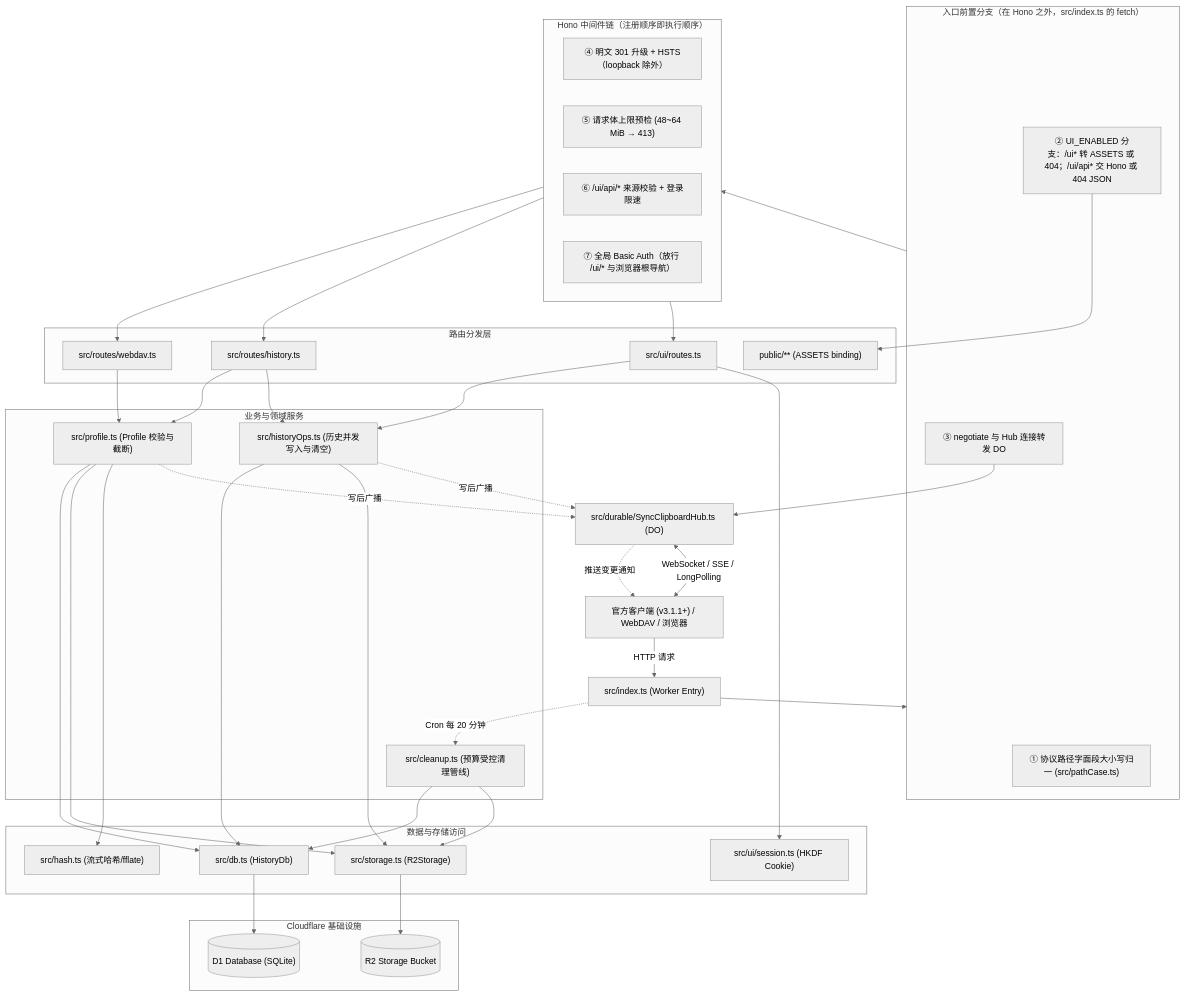
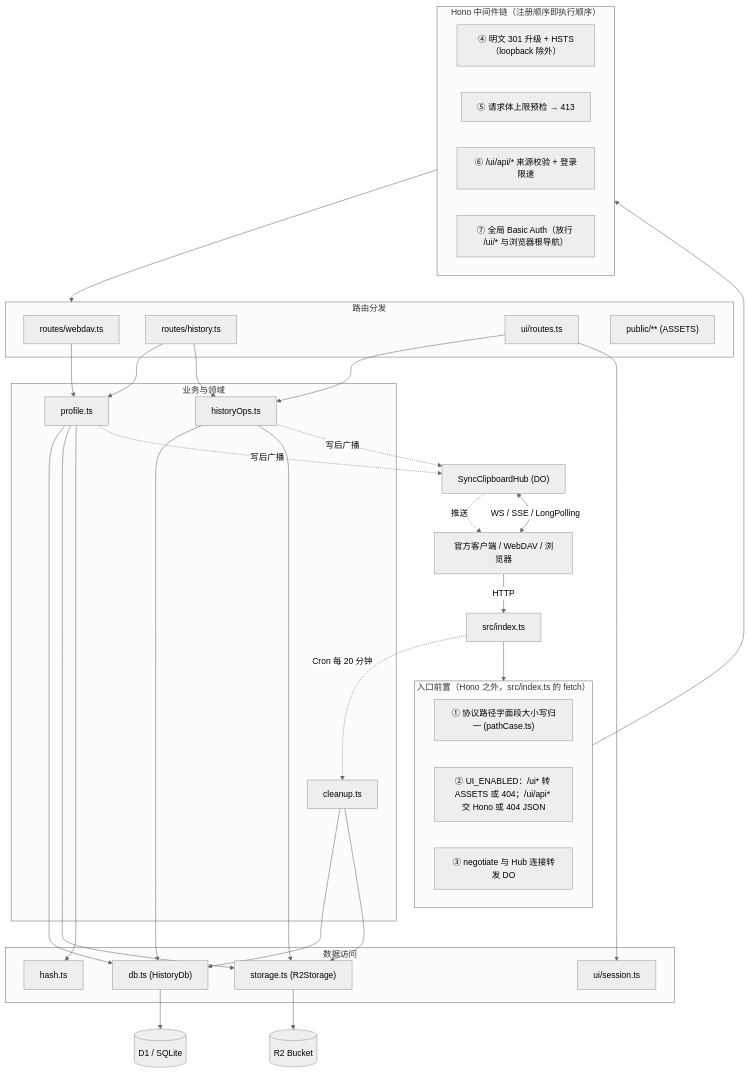
Before and after one commit to Leexunhuan743/SyncClipboardCfServer: the first of 4 diagrams in docs/project-analysis.md, drawn with Mermaid (neutral theme). The commit also changed other lines of this file and 10 other files, not shown here.

````diff
--- a/docs/project-analysis.md
+++ b/docs/project-analysis.md
@@ -59,74 +73,52 @@
 ```mermaid
 flowchart TD
-    Client["官方客户端 (v3.1.1+) / WebDAV / 浏览器"] -->|HTTP 请求| Entry["src/index.ts (Worker Entry)"]
-    Client <-->|WebSocket / SSE / LongPolling| HubDO["src/durable/SyncClipboardHub.ts (DO)"]
+    Client["官方客户端 / WebDAV / 浏览器"] -->|HTTP| Entry["src/index.ts"]
+    Client <-->|WS / SSE / LongPolling| HubDO["SyncClipboardHub (DO)"]
 
-    subgraph EntryBranch["入口前置分支（在 Hono 之外，src/index.ts 的 fetch）"]
-        PathNorm["① 协议路径字面段大小写归一 (src/pathCase.ts)"]
-        AssetSwitch["② UI_ENABLED 分支：/ui* 转 ASSETS 或 404；/ui/api* 交 Hono 或 404 JSON"]
+    subgraph EntryBranch["入口前置（Hono 之外，src/index.ts 的 fetch）"]
+        PathNorm["① 协议路径字面段大小写归一 (pathCase.ts)"]
+        AssetSwitch["② UI_ENABLED：/ui* 转 ASSETS 或 404；/ui/api* 交 Hono 或 404 JSON"]
         HubRoute["③ negotiate 与 Hub 连接转发 DO"]
     end
 
-    subgraph MiddlewareChain["Hono 中间件链（注册顺序即执行顺序）"]
+    subgraph Middleware["Hono 中间件链（注册顺序即执行顺序）"]
         HSTS["④ 明文 301 升级 + HSTS（loopback 除外）"]
-        BodyLimit["⑤ 请求体上限预检 (48~64 MiB → 413)"]
-        OriginCheck["⑥ /ui/api/* 来源校验 + 登录限速"]
-        BasicAuth["⑦ 全局 Basic Auth（放行 /ui/* 与浏览器根导航）"]
+        BodyLimit["⑤ 请求体上限预检 → 413"]
+        Origin["⑥ /ui/api/* 来源校验 + 登录限速"]
+        Basic["⑦ 全局 Basic Auth（放行 /ui/* 与浏览器根导航）"]
     end
 
-    Entry --> EntryBranch
-    EntryBranch --> MiddlewareChain
-
-    subgraph Handlers["路由分发层"]
-        WebDAV["src/routes/webdav.ts"]
-        HistoryAPI["src/routes/history.ts"]
-        UIAPI["src/ui/routes.ts"]
-        StaticAssets["public/** (ASSETS binding)"]
+    subgraph Handlers["路由分发"]
+        WebDAV["routes/webdav.ts"]
+        HistoryAPI["routes/history.ts"]
+        UIAPI["ui/routes.ts"]
+        Assets["public/** (ASSETS)"]
     end
 
-    MiddlewareChain --> WebDAV
-    MiddlewareChain --> HistoryAPI
-    MiddlewareChain --> UIAPI
-    AssetSwitch --> StaticAssets
-    HubRoute --> HubDO
-
-    subgraph ServiceLayer["业务与领域服务"]
-        ProfileSvc["src/profile.ts (Profile 校验与截断)"]
-        HistoryOps["src/historyOps.ts (历史并发写入与清空)"]
-        CleanupSvc["src/cleanup.ts (预算受控清理管线)"]
+    subgraph Services["业务与领域"]
+        ProfileSvc["profile.ts"]
+        HistoryOps["historyOps.ts"]
+        CleanupSvc["cleanup.ts"]
     end
 
-    WebDAV --> ProfileSvc
-    HistoryAPI --> ProfileSvc
-    HistoryAPI --> HistoryOps
-    UIAPI --> HistoryOps
-    Entry -.Cron 每 20 分钟.-> CleanupSvc
-
-    subgraph InfraLayer["数据与存储访问"]
-        DB["src/db.ts (HistoryDb)"]
-        Storage["src/storage.ts (R2Storage)"]
-        Hash["src/hash.ts (流式哈希/fflate)"]
-        Session["src/ui/session.ts (HKDF Cookie)"]
+    subgraph Infra["数据访问"]
+        DB["db.ts (HistoryDb)"]
+        Storage["storage.ts (R2Storage)"]
+        Hash["hash.ts"]
+        Session["ui/session.ts"]
     end
 
-    ProfileSvc --> DB
-    ProfileSvc --> Storage
-    ProfileSvc --> Hash
-    HistoryOps --> DB
-    HistoryOps --> Storage
-    UIAPI --> Session
-    CleanupSvc --> DB
-    CleanupSvc --> Storage
-
+    Entry --> EntryBranch --> Middleware --> Handlers
+    WebDAV --> ProfileSvc
+    HistoryAPI --> ProfileSvc & HistoryOps
+    UIAPI --> HistoryOps & Session
+    Entry -.Cron 每 20 分钟.-> CleanupSvc
+    ProfileSvc --> DB & Storage & Hash
+    HistoryOps --> DB & Storage
+    CleanupSvc --> DB & Storage
     ProfileSvc -.写后广播.-> HubDO
     HistoryOps -.写后广播.-> HubDO
-    HubDO -.推送变更通知.-> Client
-
-    subgraph CloudflareCloud["Cloudflare 基础设施"]
-        D1[("D1 Database (SQLite)")]
-        R2[("R2 Storage Bucket")]
-    end
-
-    DB --> D1
-    Storage --> R2
+    HubDO -.推送.-> Client
+    DB --> D1[("D1 / SQLite")]
+    Storage --> R2[("R2 Bucket")]
 ```
````
